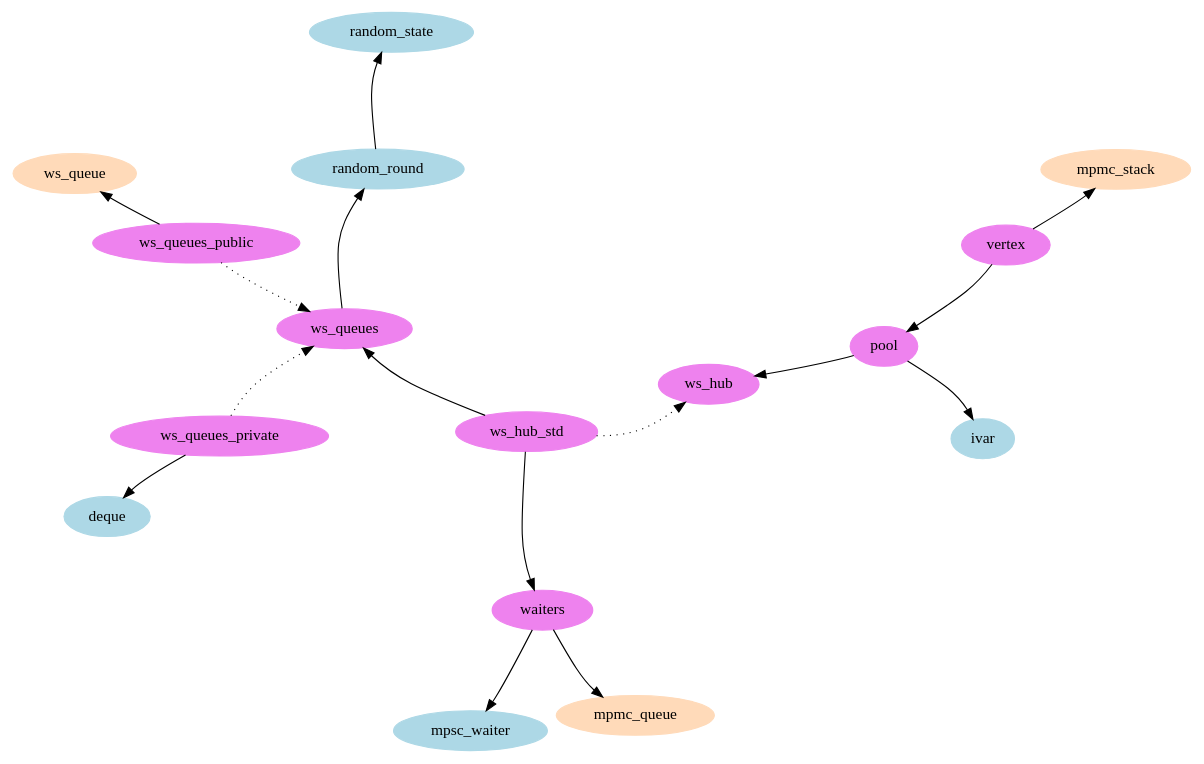
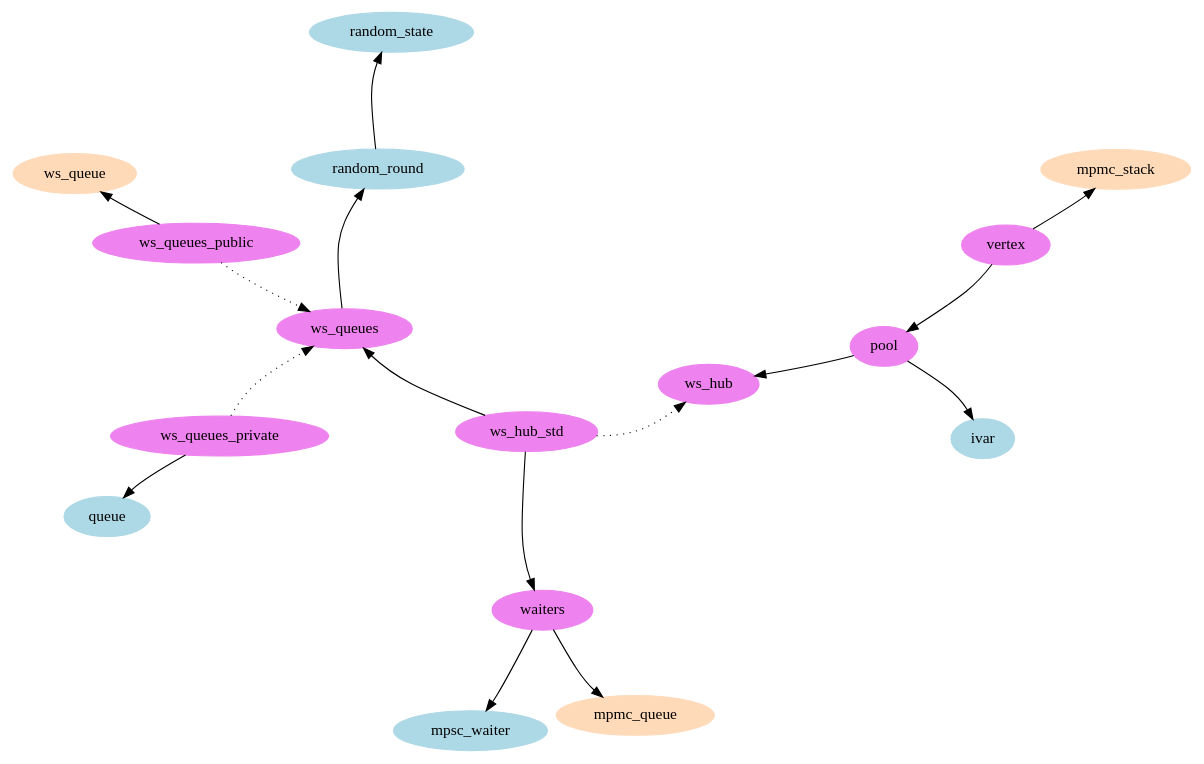
The diagram in doc/parabs.dot (clef-men/zoo), drawn with Graphviz before and after one commit. The commit also changed 1 other file, not shown here.

```diff
--- a/doc/parabs.dot
+++ b/doc/parabs.dot
@@ -1,59 +1,59 @@
 digraph {
 	layout=sfdp
 	overlap=false
 	splines=curved
 
 	subgraph cluster_std {
 		label="std"
 		node [style=filled, color=lightblue]
 		random_state [label="random_state"]
 		random_round [label="random_round"]
-		deque [label="deque"]
+		queue [label="queue"]
 		mpsc_waiter [label="mpsc_waiter"]
 		ivar [label="ivar"]
 	}
 
 	subgraph cluster_saturn {
 		label="saturn"
 		node [style=filled, color=peachpuff]
 		mpmc_stack [label="mpmc_stack"]
 		mpmc_queue [label="mpmc_queue"]
 		ws_queue [label="ws_queue"]
 	}
 
 	subgraph cluster_parabs {
 		label="parabs"
 		node [style=filled, color=violet]
 		ws_queues [label="ws_queues"]
 		ws_queues_public [label="ws_queues_public"]
 		ws_queues_private [label="ws_queues_private"]
 		waiters [label="waiters"]
 		ws_hub [label="ws_hub"]
 		ws_hub_std [label="ws_hub_std"]
 		pool [label="pool"]
 		vertex [label="vertex"]
 	}
 
 	random_round -> random_state
 
 	ws_queues_public -> ws_queue
 	ws_queues_public -> ws_queues [style=dotted]
 
-	ws_queues_private -> deque
+	ws_queues_private -> queue
 	ws_queues_private -> ws_queues [style=dotted]
 
 	ws_queues -> random_round
 
 	waiters -> mpsc_waiter
 	waiters -> mpmc_queue
 
 	ws_hub_std -> ws_queues
 	ws_hub_std -> waiters
 	ws_hub_std -> ws_hub [style=dotted]
 
 	pool -> ivar
 	pool -> ws_hub
 
 	vertex -> mpmc_stack
 	vertex -> pool
 }
```
